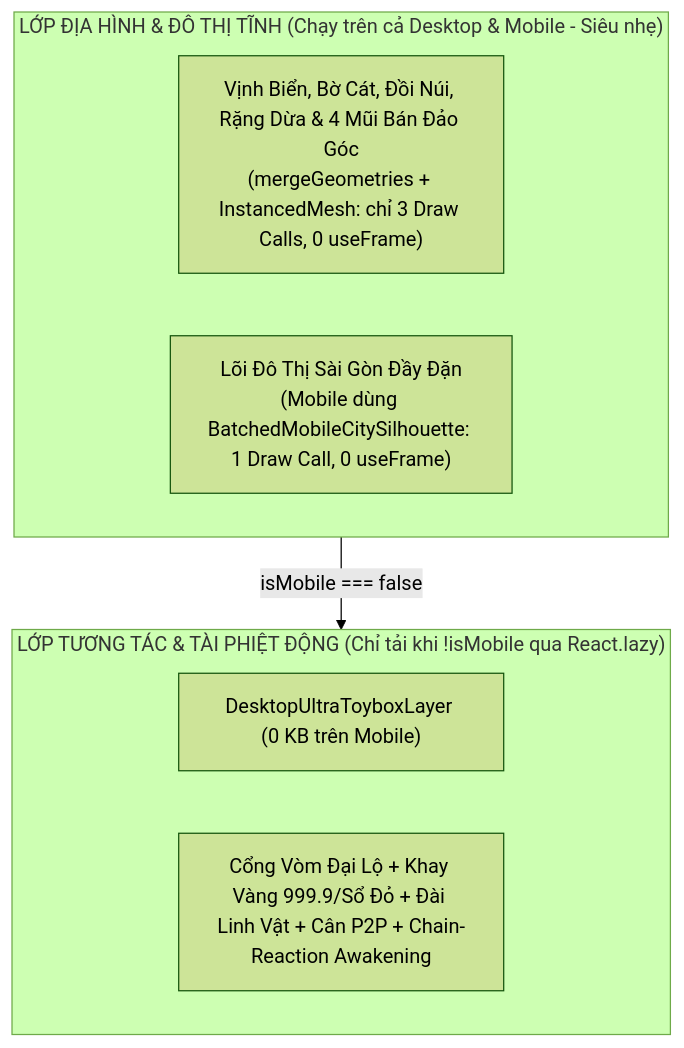
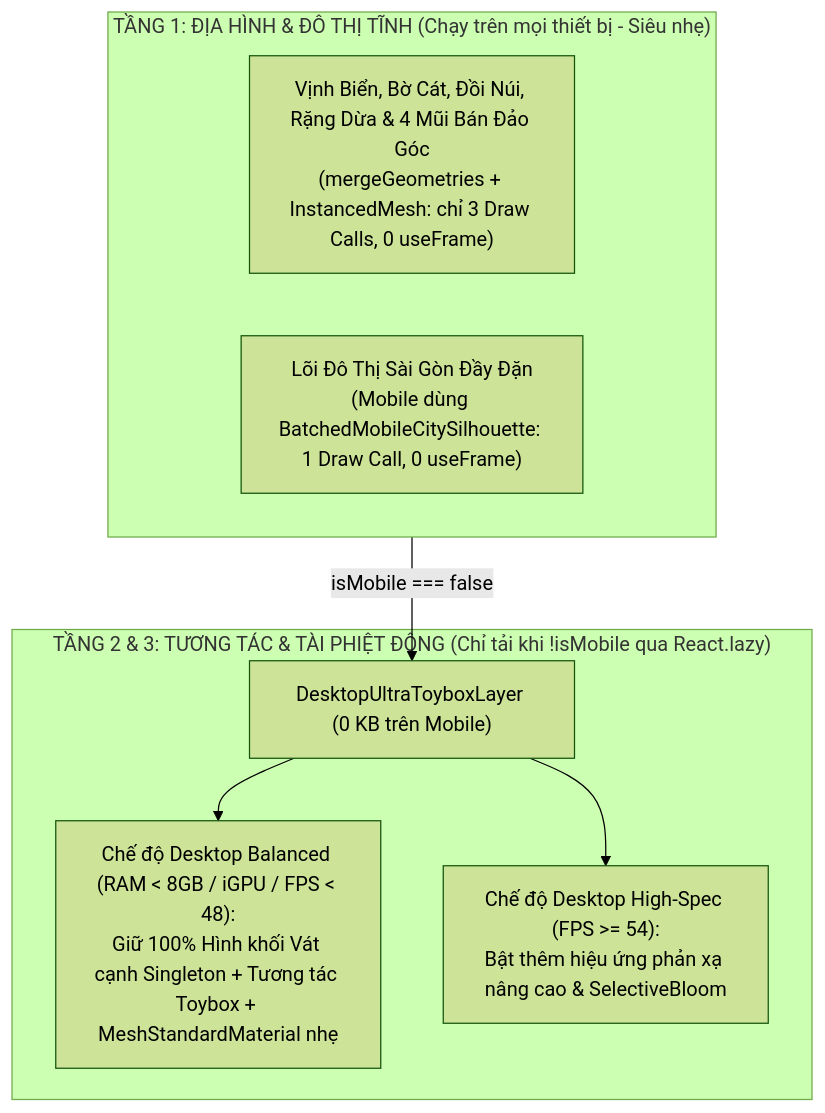
Before and after one commit to andyandsmoothies-ship-it/vtcoon: the second of 2 diagrams in docs/reports/analysis/VTCOON_DESKTOP_ULTRA_STRATEGY_REPORT.md, drawn with Mermaid (forest theme). The commit also changed other lines of this file and 13 other files, not shown here.

````diff
--- a/docs/reports/analysis/VTCOON_DESKTOP_ULTRA_STRATEGY_REPORT.md
+++ b/docs/reports/analysis/VTCOON_DESKTOP_ULTRA_STRATEGY_REPORT.md
@@ -118,14 +128,16 @@
 ```mermaid
 flowchart TD
-    subgraph SharedScene ["LỚP ĐỊA HÌNH & ĐÔ THỊ TĨNH (Chạy trên cả Desktop & Mobile - Siêu nhẹ)"]
+    subgraph SharedScene ["TẦNG 1: ĐỊA HÌNH & ĐÔ THỊ TĨNH (Chạy trên mọi thiết bị - Siêu nhẹ)"]
         StaticBay["Vịnh Biển, Bờ Cát, Đồi Núi, Rặng Dừa & 4 Mũi Bán Đảo Góc<br/>(mergeGeometries + InstancedMesh: chỉ 3 Draw Calls, 0 useFrame)"]
         StaticCity["Lõi Đô Thị Sài Gòn Đầy Đặn<br/>(Mobile dùng BatchedMobileCitySilhouette: 1 Draw Call, 0 useFrame)"]
     end
 
-    subgraph DesktopLazy ["LỚP TƯƠNG TÁC & TÀI PHIỆT ĐỘNG (Chỉ tải khi !isMobile qua React.lazy)"]
+    subgraph DesktopLazy ["TẦNG 2 & 3: TƯƠNG TÁC & TÀI PHIỆT ĐỘNG (Chỉ tải khi !isMobile qua React.lazy)"]
         LazyLayer["DesktopUltraToyboxLayer (0 KB trên Mobile)"]
-        Features["Cổng Vòm Đại Lộ + Khay Vàng 999.9/Sổ Đỏ + Đài Linh Vật + Cân P2P + Chain-Reaction Awakening"]
+        BalancedTier["Chế độ Desktop Balanced (RAM < 8GB / iGPU / FPS < 48):<br/>Giữ 100% Hình khối Vát cạnh Singleton + Tương tác Toybox + MeshStandardMaterial nhẹ"]
+        UltraTier["Chế độ Desktop High-Spec (FPS >= 54):<br/>Bật thêm hiệu ứng phản xạ nâng cao & SelectiveBloom"]
     end
 
-    SharedScene -->|"isMobile === false"| DesktopLazy
+    SharedScene -->|"isMobile === false"| LazyLayer
+    LazyLayer --> BalancedTier & UltraTier
 ```
````
